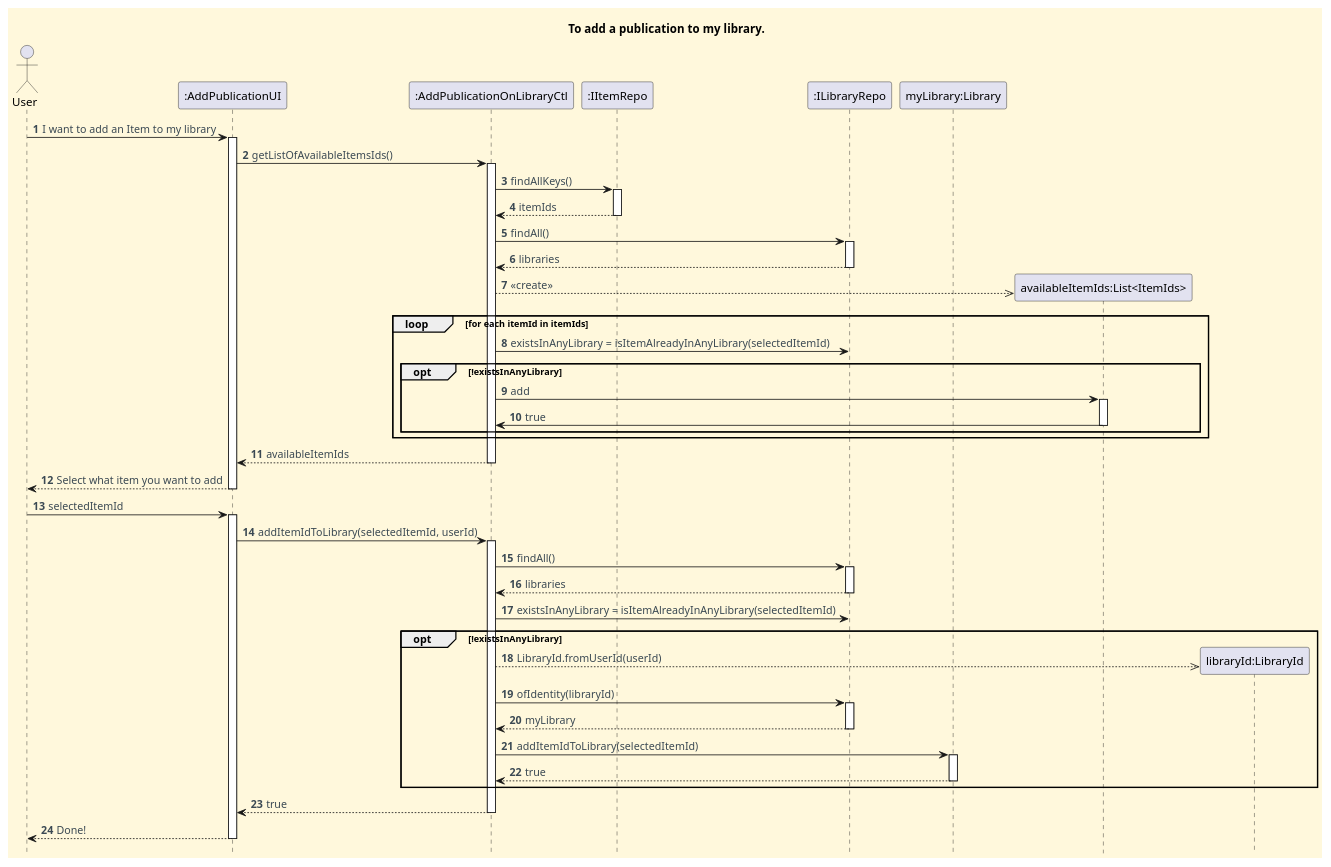
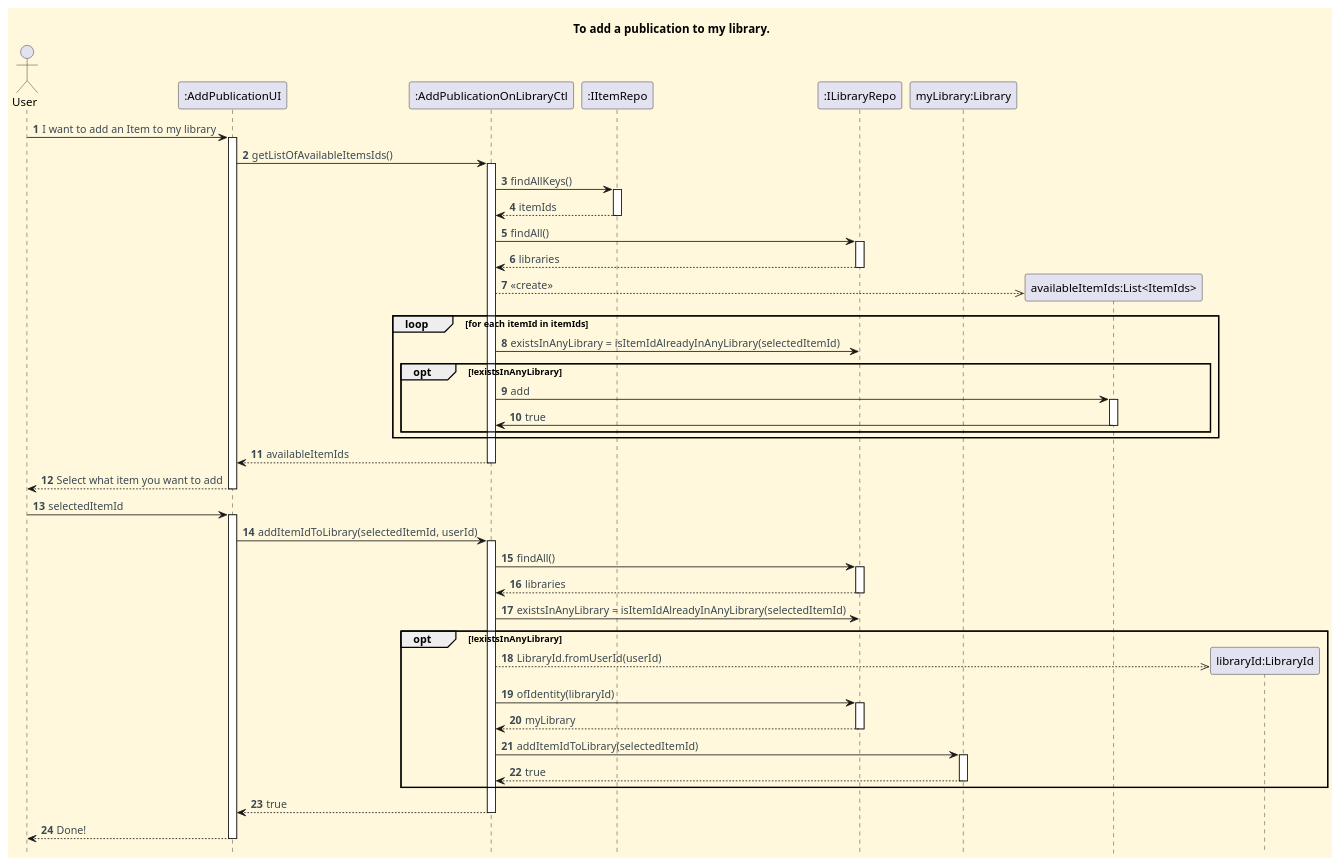
Before and after one commit to CarolinaLeite-collab/JavaMarketplacePlatform: the diagram in docs/functionalities/user/add-publication-to-my-library/Add_Publication_To_My_Library_SD.puml, drawn with PlantUML. The commit also changed 4 other files, not shown here.

```diff
--- a/docs/functionalities/user/add-publication-to-my-library/Add_Publication_To_My_Library_SD.puml
+++ b/docs/functionalities/user/add-publication-to-my-library/Add_Publication_To_My_Library_SD.puml
@@ -1,88 +1,88 @@
 @startuml
 'https://plantuml.com/sequence-diagram
 hide footbox
 title  To add a publication to my library.
 
 '==== basic style ====
 skinparam monochrome false
 skinparam shadowing false
 skinparam defaultFontName Futura
 skinparam objectFontSize 20
 skinparam backgroundColor CornSilk
 skinparam objectBackgroundColor WhiteSmoke
 skinparam noteBackgroundColor #FFFFE0
 skinparam ArrowFontColor #3B4953
 skinparam ActivationBackgroundColor black
 
 autonumber
 autoactivate off
 
 
 actor User
 participant ":AddPublicationUI" as UI
 participant ":AddPublicationOnLibraryCtl" as CTL
 participant ":IItemRepo" as ITEMREPO
 participant ":ILibraryRepo" as LIBREPO
 participant "myLibrary:Library" as LIB
 
 User -> UI : I want to add an Item to my library
 activate UI
 UI -> CTL : getListOfAvailableItemsIds()
 activate CTL
 CTL -> ITEMREPO : findAllKeys()
 activate ITEMREPO
 ITEMREPO --> CTL : itemIds
 deactivate ITEMREPO
 CTL -> LIBREPO : findAll()
 activate LIBREPO
 LIBREPO --> CTL : libraries
 deactivate LIBREPO
 create "availableItemIds:List<ItemIds>"
 CTL -->> "availableItemIds:List<ItemIds>" : <<create>>
 
 
     loop  for each itemId in itemIds
-    CTL -> LIBREPO : existsInAnyLibrary = isItemAlreadyInAnyLibrary(selectedItemId)
+    CTL -> LIBREPO : existsInAnyLibrary = isItemIdAlreadyInAnyLibrary(selectedItemId)
     opt !existsInAnyLibrary
     CTL -> "availableItemIds:List<ItemIds>" : add
     activate "availableItemIds:List<ItemIds>"
     "availableItemIds:List<ItemIds>" -> CTL : true
     deactivate "availableItemIds:List<ItemIds>"
     end
     end
 
 CTL --> UI : availableItemIds
 deactivate CTL
 
 UI --> User : Select what item you want to add
 deactivate UI
 User -> UI : selectedItemId
 activate UI
 UI -> CTL : addItemIdToLibrary(selectedItemId, userId)
 activate CTL
 CTL -> LIBREPO : findAll()
 activate LIBREPO
 LIBREPO --> CTL : libraries
 deactivate LIBREPO
-CTL -> LIBREPO : existsInAnyLibrary = isItemAlreadyInAnyLibrary(selectedItemId)
+CTL -> LIBREPO : existsInAnyLibrary = isItemIdAlreadyInAnyLibrary(selectedItemId)
 
     opt !existsInAnyLibrary
 
         create "libraryId:LibraryId"
         CTL -->> "libraryId:LibraryId" : LibraryId.fromUserId(userId)
         CTL -> LIBREPO : ofIdentity(libraryId)
         activate LIBREPO
         LIBREPO --> CTL : myLibrary
         deactivate LIBREPO
         CTL -> LIB : addItemIdToLibrary(selectedItemId)
         activate LIB
         LIB --> CTL : true
         deactivate LIB
 
     end
 CTL --> UI : true
 deactivate CTL
 UI --> User : Done!
 deactivate UI
 
 @enduml
```
